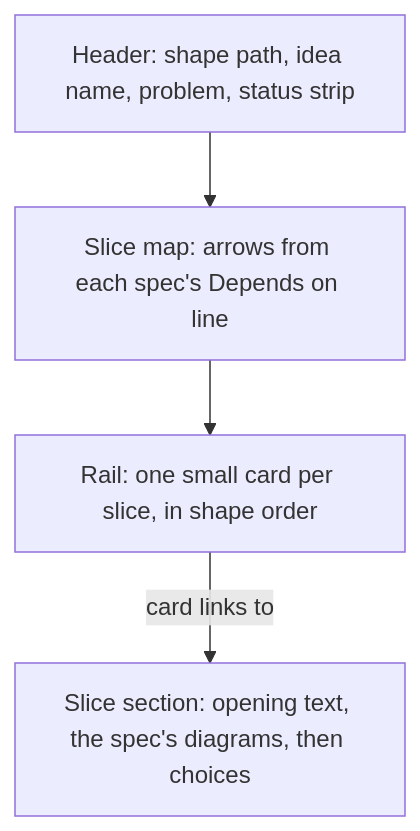
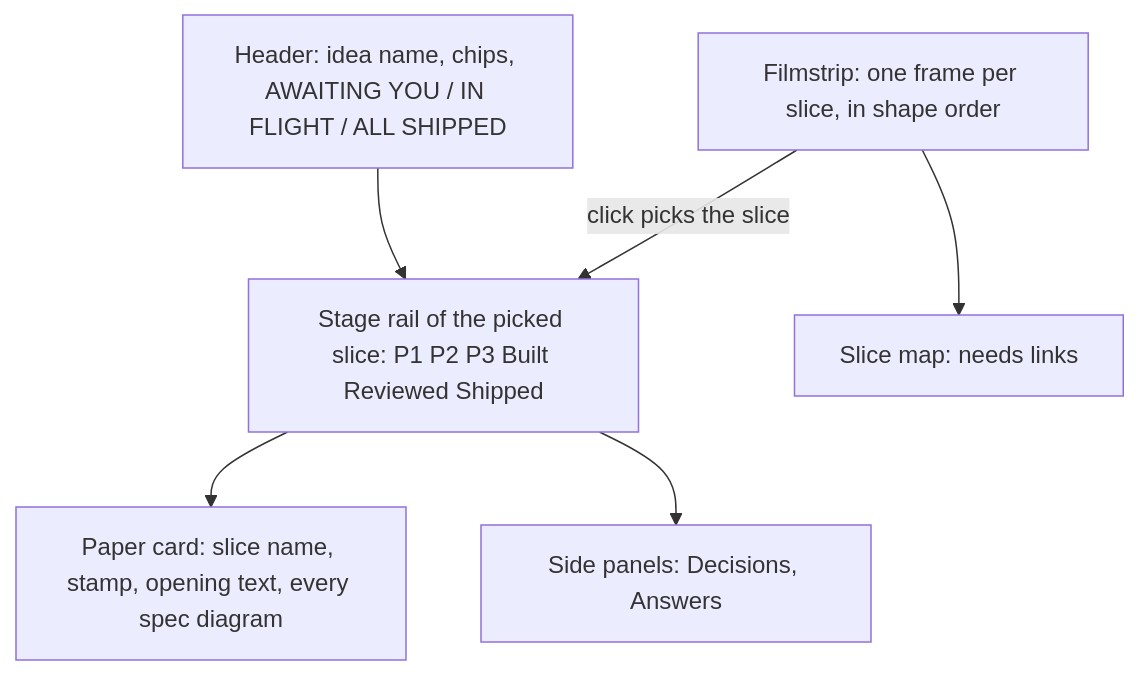
Before and after one commit to dzaffren/claude-plugin: the third of 5 diagrams in docs/specs/idea-board.md, drawn with Mermaid. The commit also changed other lines of this file and 3 other files, not shown here.

First line of the commit message:
docs(spec): mark idea-board built

````diff
--- a/docs/specs/idea-board.md
+++ b/docs/specs/idea-board.md
@@ -177,6 +121,8 @@
 ```mermaid
 flowchart TB
-  H[Header: shape path, idea name, problem, status strip] --> M[Slice map: arrows from each spec's Depends on line]
-  M --> R[Rail: one small card per slice, in shape order]
-  R -- card links to --> X[Slice section: opening text, the spec's diagrams, then choices]
+  H["Header: idea name, chips, AWAITING YOU / IN FLIGHT / ALL SHIPPED"] --> R["Stage rail of the picked slice: P1 P2 P3 Built Reviewed Shipped"]
+  R --> P["Paper card: slice name, stamp, opening text, every spec diagram"]
+  R --> S["Side panels: Decisions, Answers"]
+  F["Filmstrip: one frame per slice, in shape order"] -- click picks the slice --> R
+  F --> M["Slice map: needs links"]
 ```
````
